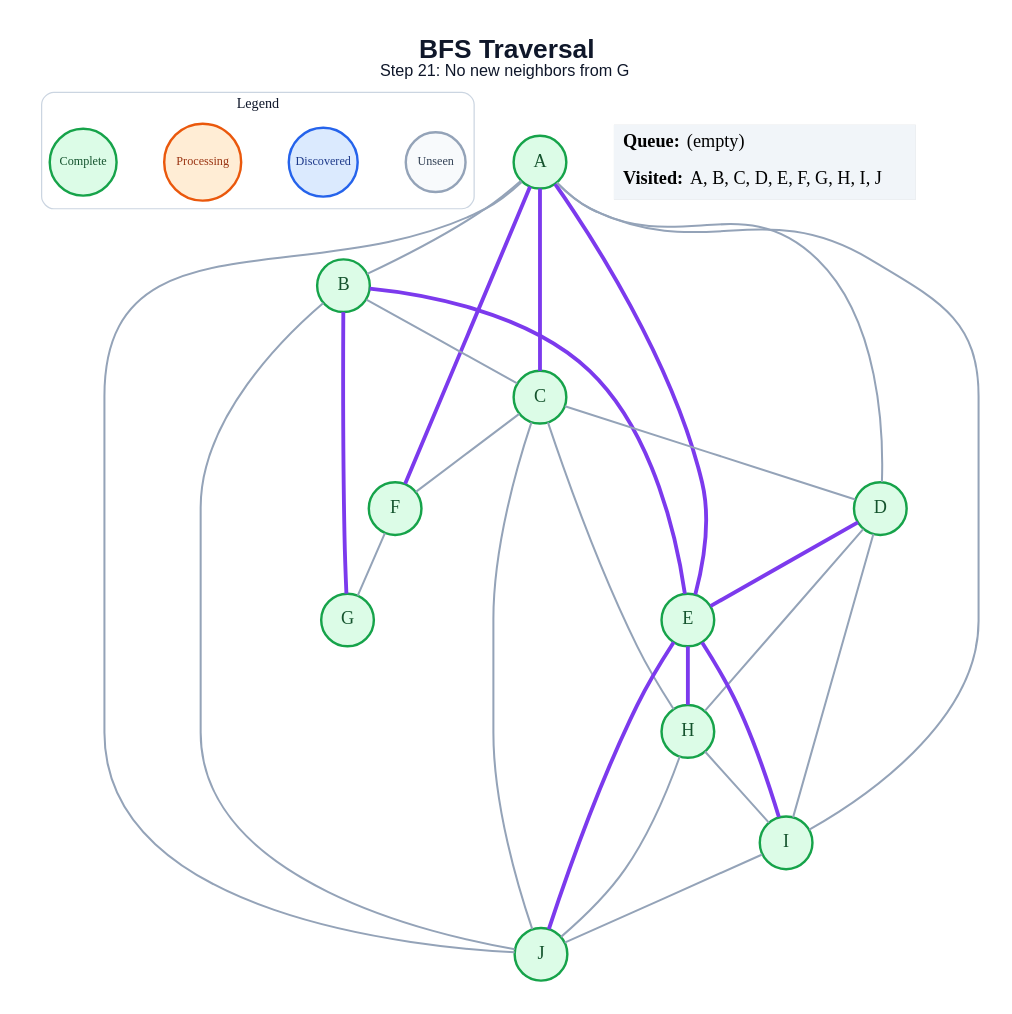
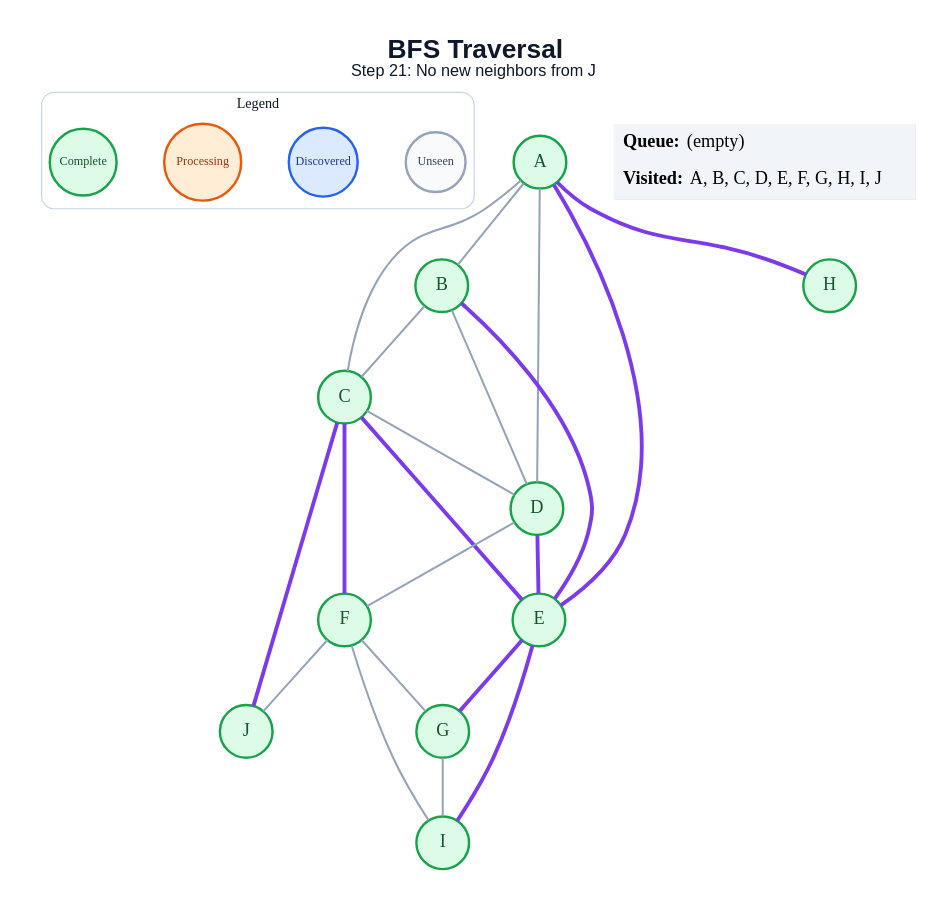
One commit to amanghodawala9/ai-slop changed the diagram in generated/specific-node/bfs/step_21.dot. Above: the diagram before and after it, drawn with Graphviz. The commit also changed 178 other files, not shown here.

```diff
--- a/generated/specific-node/bfs/step_21.dot
+++ b/generated/specific-node/bfs/step_21.dot
@@ -1,54 +1,49 @@
 graph traversal {
   graph [layout=dot, rankdir=TB, bgcolor="#FFFFFF", pad="0.35", nodesep="0.65", ranksep="0.8", fontname="Arial"];
   node [shape=circle, style="filled", fontname="Arial Bold", fontsize=18, width=0.72, fixedsize=true, penwidth=2.4];
   edge [color="#94A3B8", penwidth=2.0];
-  label=<<B>BFS Traversal</B><BR/><FONT POINT-SIZE="16">Step 21: No new neighbors from G</FONT>>; labelloc="t"; fontsize=26; fontname="Arial"; fontcolor="#0F172A";
+  label=<<B>BFS Traversal</B><BR/><FONT POINT-SIZE="16">Step 21: No new neighbors from J</FONT>>; labelloc="t"; fontsize=26; fontname="Arial"; fontcolor="#0F172A";
   subgraph cluster_legend { label="Legend"; color="#CBD5E1"; penwidth=1.2; style="rounded"; fontsize=14; fontname="Arial Bold";
     key_unseen [label="Unseen", fillcolor="#F8FAFC", color="#94A3B8", fontcolor="#334155", fontsize=12, width=0.82];
     key_frontier [label="Discovered", fillcolor="#DBEAFE", color="#2563EB", fontcolor="#1E3A8A", fontsize=12, width=0.95];
     key_current [label="Processing", fillcolor="#FFEDD5", color="#EA580C", fontcolor="#9A3412", fontsize=12, width=1.05];
     key_done [label="Complete", fillcolor="#DCFCE7", color="#16A34A", fontcolor="#14532D", fontsize=12, width=0.92];
     { rank=same; key_unseen; key_frontier; key_current; key_done; }
   }
   A [fillcolor="#DCFCE7", color="#16A34A", fontcolor="#14532D"];
   B [fillcolor="#DCFCE7", color="#16A34A", fontcolor="#14532D"];
   C [fillcolor="#DCFCE7", color="#16A34A", fontcolor="#14532D"];
   D [fillcolor="#DCFCE7", color="#16A34A", fontcolor="#14532D"];
   E [fillcolor="#DCFCE7", color="#16A34A", fontcolor="#14532D"];
   F [fillcolor="#DCFCE7", color="#16A34A", fontcolor="#14532D"];
   G [fillcolor="#DCFCE7", color="#16A34A", fontcolor="#14532D"];
   H [fillcolor="#DCFCE7", color="#16A34A", fontcolor="#14532D"];
   I [fillcolor="#DCFCE7", color="#16A34A", fontcolor="#14532D"];
   J [fillcolor="#DCFCE7", color="#16A34A", fontcolor="#14532D"];
   A -- B;
-  A -- C [color="#7C3AED", penwidth=3.8];
+  A -- C;
   A -- D;
   A -- E [color="#7C3AED", penwidth=3.8];
-  A -- F [color="#7C3AED", penwidth=3.8];
-  A -- I;
-  A -- J;
+  A -- H [color="#7C3AED", penwidth=3.8];
   B -- C;
+  B -- D;
   B -- E [color="#7C3AED", penwidth=3.8];
-  B -- G [color="#7C3AED", penwidth=3.8];
-  B -- J;
   C -- D;
-  C -- F;
-  C -- H;
-  C -- J;
+  C -- E [color="#7C3AED", penwidth=3.8];
+  C -- F [color="#7C3AED", penwidth=3.8];
+  C -- J [color="#7C3AED", penwidth=3.8];
   D -- E [color="#7C3AED", penwidth=3.8];
-  D -- H;
-  D -- I;
-  E -- H [color="#7C3AED", penwidth=3.8];
+  D -- F;
+  E -- G [color="#7C3AED", penwidth=3.8];
   E -- I [color="#7C3AED", penwidth=3.8];
-  E -- J [color="#7C3AED", penwidth=3.8];
   F -- G;
-  H -- I;
-  H -- J;
-  I -- J;
+  F -- I;
+  F -- J;
+  G -- I;
   status [shape=plain, fixedsize=false, width=0, height=0, margin=0, label=<
     <TABLE BORDER="0" CELLBORDER="0" CELLPADDING="7" BGCOLOR="#F1F5F9">
       <TR><TD ALIGN="LEFT"><B>Queue:</B> (empty)</TD></TR>
       <TR><TD ALIGN="LEFT"><B>Visited:</B> A, B, C, D, E, F, G, H, I, J</TD></TR>
     </TABLE>
   >];
 }
```
